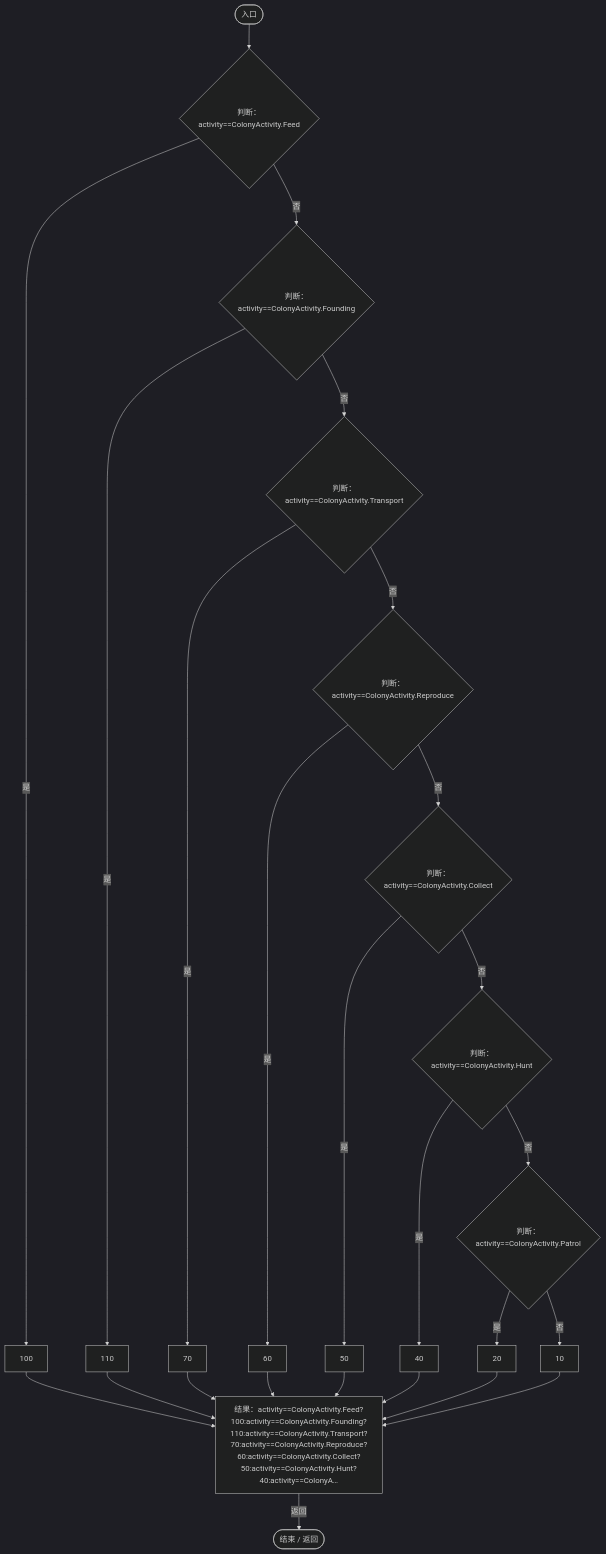
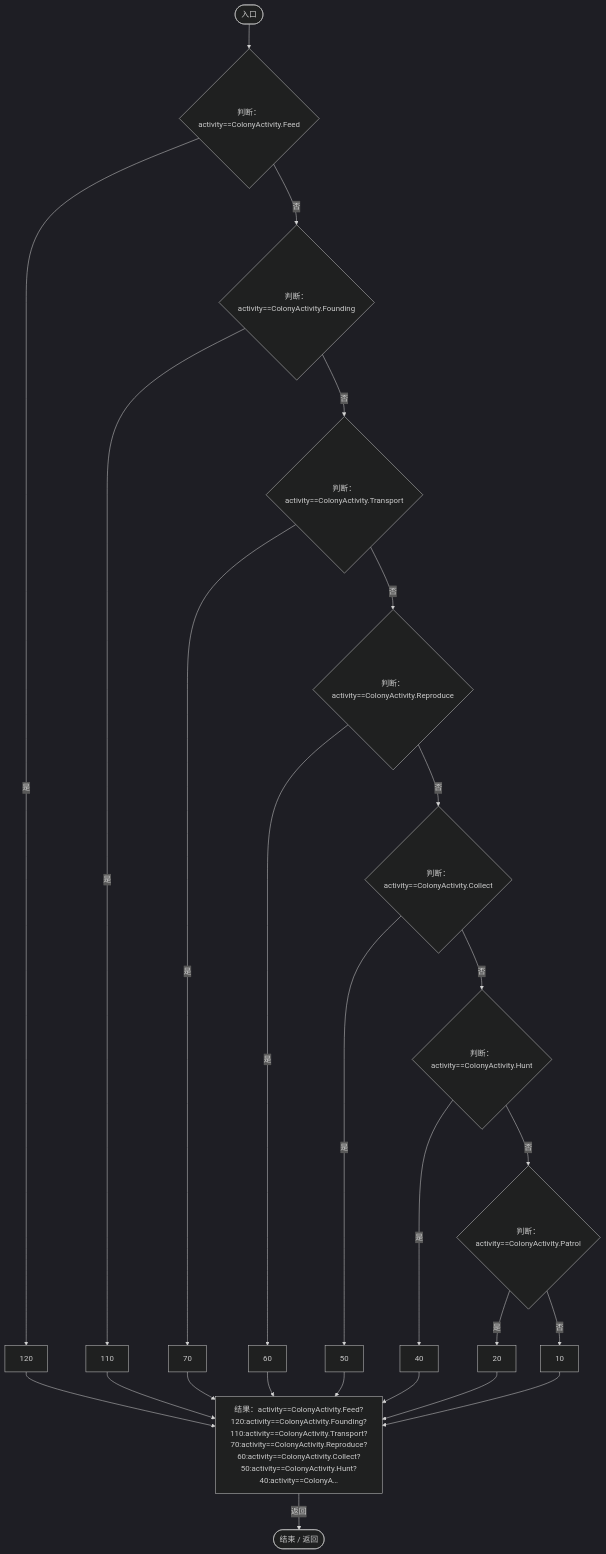
One commit to xhs6666/Darwin_paradise changed the first of 3 diagrams in Docs/运行流程图/脚本/da041665b1125ffc.md. Above: the diagram before and after it, drawn with Mermaid (dark theme). The commit also changed other lines of this file and 114 other files, not shown here.

````diff
--- a/Docs/运行流程图/脚本/da041665b1125ffc.md
+++ b/Docs/运行流程图/脚本/da041665b1125ffc.md
@@ -19,46 +19,46 @@
 ```mermaid
 flowchart TD
   b0(["入口"])
   b1{"判断：activity==ColonyActivity.Feed"}
-  b2["100"]
+  b2["120"]
   b3{"判断：activity==ColonyActivity.Founding"}
   b4["110"]
   b5{"判断：activity==ColonyActivity.Transport"}
   b6["70"]
   b7{"判断：activity==ColonyActivity.Reproduce"}
   b8["60"]
   b9{"判断：activity==ColonyActivity.Collect"}
   b10["50"]
   b11{"判断：activity==ColonyActivity.Hunt"}
   b12["40"]
   b13{"判断：activity==ColonyActivity.Patrol"}
   b14["20"]
   b15["10"]
-  b16["结果：activity==ColonyActivity.Feed?100:activity==ColonyActivity.Founding?110:activity==ColonyActivity.Transport?70:activity==ColonyActivity.Reproduce?60:activity==ColonyActivity.Collect?50:activity==ColonyActivity.Hunt?40:activity==ColonyA…"]
+  b16["结果：activity==ColonyActivity.Feed?120:activity==ColonyActivity.Founding?110:activity==ColonyActivity.Transport?70:activity==ColonyActivity.Reproduce?60:activity==ColonyActivity.Collect?50:activity==ColonyActivity.Hunt?40:activity==ColonyA…"]
   b17(["结束 / 返回"])
   b0 --> b1
   b1 -->|"是"| b2
   b1 -->|"否"| b3
   b2 --> b16
   b3 -->|"是"| b4
   b3 -->|"否"| b5
   b4 --> b16
   b5 -->|"是"| b6
   b5 -->|"否"| b7
   b6 --> b16
   b7 -->|"是"| b8
   b7 -->|"否"| b9
   b8 --> b16
   b9 -->|"是"| b10
   b9 -->|"否"| b11
   b10 --> b16
   b11 -->|"是"| b12
   b11 -->|"否"| b13
   b12 --> b16
   b13 -->|"是"| b14
   b13 -->|"否"| b15
   b14 --> b16
   b15 --> b16
   b16 -->|"返回"| b17
 
 ```
````
